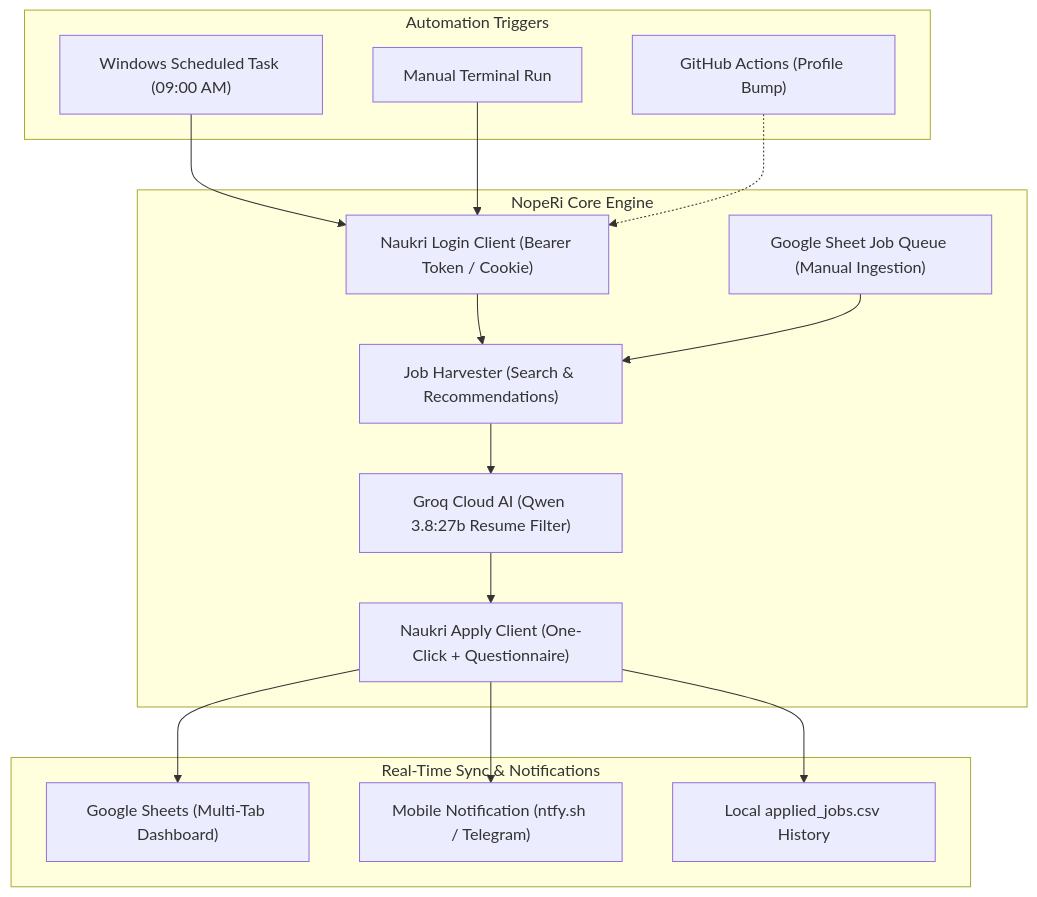
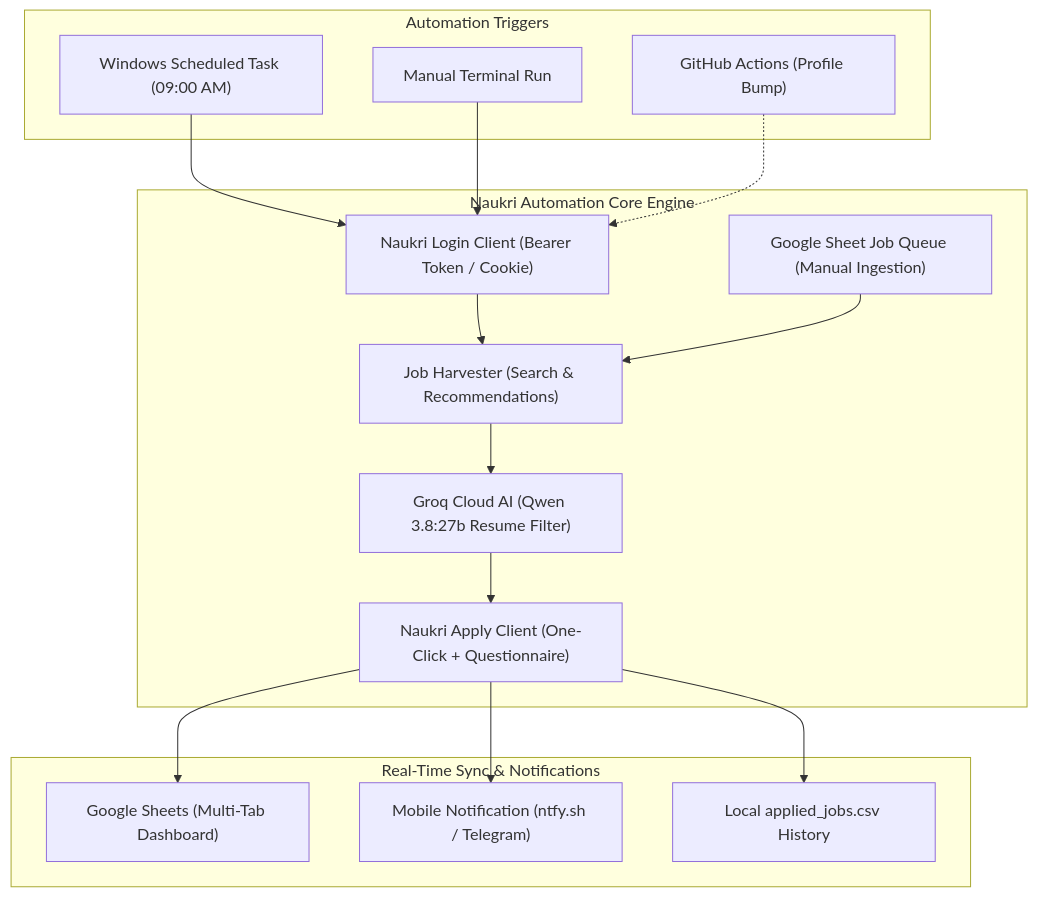
One commit to adhi2k/Naukri-automation changed the diagram in README.md. Above: the diagram before and after it, drawn with Mermaid. The commit also changed other lines of this file and 12 other files, not shown here.

Commit message:
Update project branding to Naukri Automation Agent across all files

````diff
--- a/README.md
+++ b/README.md
@@ -35,33 +35,33 @@
 ```mermaid
 graph TD
     subgraph Trigger ["Automation Triggers"]
         A1["Windows Scheduled Task (09:00 AM)"]
         A2["Manual Terminal Run"]
         A3["GitHub Actions (Profile Bump)"]
     end
 
-    subgraph Core ["NopeRi Core Engine"]
+    subgraph Core ["Naukri Automation Core Engine"]
         B["Naukri Login Client (Bearer Token / Cookie)"]
         C["Job Harvester (Search & Recommendations)"]
         D["Google Sheet Job Queue (Manual Ingestion)"]
         E["Groq Cloud AI (Qwen 3.8:27b Resume Filter)"]
         F["Naukri Apply Client (One-Click + Questionnaire)"]
     end
 
     subgraph Outputs ["Real-Time Sync & Notifications"]
         G["Google Sheets (Multi-Tab Dashboard)"]
         H["Mobile Notification (ntfy.sh / Telegram)"]
         I["Local applied_jobs.csv History"]
     end
 
     A1 --> B
     A2 --> B
     A3 -.-> B
     B --> C
     D --> C
     C --> E
     E --> F
     F --> G
     F --> H
     F --> I
 ```
````
